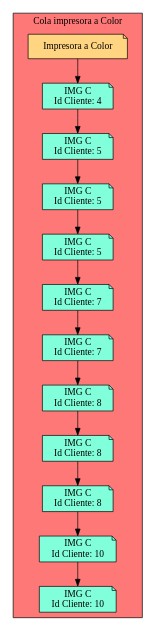
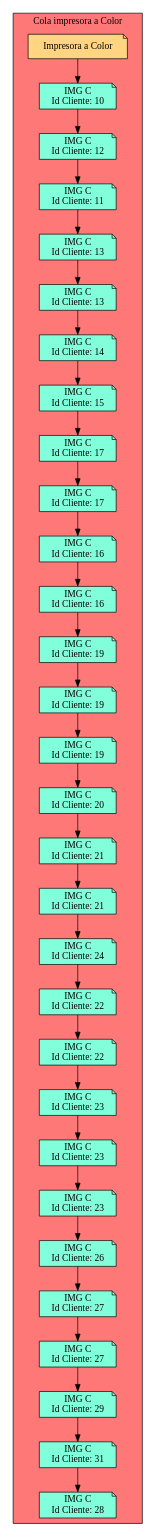
The diagram in Cola_Print_color.dot (Serch-ING/EDD_UDRAWING_202000119), drawn with Graphviz before and after one commit. The commit also changed 17 other files, not shown here.

```diff
--- a/Cola_Print_color.dot
+++ b/Cola_Print_color.dot
@@ -1,49 +1,121 @@
 digraph L {
 node[shape=note fillcolor="#A181FF" style =filled]
 subgraph cluster_p{
     label= " Cola impresora a Color "
  raiz[label = "Impresora a Color" fillcolor="#FFD581" ]    bgcolor = "#FF7878"
-Nodo686466458[label="IMG C 
-Id Cliente: 4",fillcolor="#81FFDA"]
-Nodo1642030774[label="IMG C 
-Id Cliente: 5",fillcolor="#81FFDA"]
-Nodo1357563986[label="IMG C 
-Id Cliente: 5",fillcolor="#81FFDA"]
-Nodo384587033[label="IMG C 
-Id Cliente: 5",fillcolor="#81FFDA"]
-Nodo959869407[label="IMG C 
-Id Cliente: 7",fillcolor="#81FFDA"]
-Nodo1449263511[label="IMG C 
-Id Cliente: 7",fillcolor="#81FFDA"]
-Nodo452805835[label="IMG C 
-Id Cliente: 8",fillcolor="#81FFDA"]
-Nodo1769190683[label="IMG C 
-Id Cliente: 8",fillcolor="#81FFDA"]
-Nodo447981768[label="IMG C 
-Id Cliente: 8",fillcolor="#81FFDA"]
-Nodo1932831450[label="IMG C 
+Nodo350068407[label="IMG C 
 Id Cliente: 10",fillcolor="#81FFDA"]
-Nodo496729294[label="IMG C 
-Id Cliente: 10",fillcolor="#81FFDA"]
+Nodo1021436681[label="IMG C 
+Id Cliente: 12",fillcolor="#81FFDA"]
+Nodo1790585734[label="IMG C 
+Id Cliente: 11",fillcolor="#81FFDA"]
+Nodo842741472[label="IMG C 
+Id Cliente: 13",fillcolor="#81FFDA"]
+Nodo1156304131[label="IMG C 
+Id Cliente: 13",fillcolor="#81FFDA"]
+Nodo1332668132[label="IMG C 
+Id Cliente: 14",fillcolor="#81FFDA"]
+Nodo1496355635[label="IMG C 
+Id Cliente: 15",fillcolor="#81FFDA"]
+Nodo1499136125[label="IMG C 
+Id Cliente: 17",fillcolor="#81FFDA"]
+Nodo1926343982[label="IMG C 
+Id Cliente: 17",fillcolor="#81FFDA"]
+Nodo762476028[label="IMG C 
+Id Cliente: 16",fillcolor="#81FFDA"]
+Nodo966739377[label="IMG C 
+Id Cliente: 16",fillcolor="#81FFDA"]
+Nodo361571968[label="IMG C 
+Id Cliente: 19",fillcolor="#81FFDA"]
+Nodo2005169944[label="IMG C 
+Id Cliente: 19",fillcolor="#81FFDA"]
+Nodo2134607032[label="IMG C 
+Id Cliente: 19",fillcolor="#81FFDA"]
+Nodo1470344997[label="IMG C 
+Id Cliente: 20",fillcolor="#81FFDA"]
+Nodo1226020905[label="IMG C 
+Id Cliente: 21",fillcolor="#81FFDA"]
+Nodo156856360[label="IMG C 
+Id Cliente: 21",fillcolor="#81FFDA"]
+Nodo319644606[label="IMG C 
+Id Cliente: 24",fillcolor="#81FFDA"]
+Nodo1118078504[label="IMG C 
+Id Cliente: 22",fillcolor="#81FFDA"]
+Nodo691690486[label="IMG C 
+Id Cliente: 22",fillcolor="#81FFDA"]
+Nodo1083962448[label="IMG C 
+Id Cliente: 23",fillcolor="#81FFDA"]
+Nodo953742666[label="IMG C 
+Id Cliente: 23",fillcolor="#81FFDA"]
+Nodo1239759990[label="IMG C 
+Id Cliente: 23",fillcolor="#81FFDA"]
+Nodo883151184[label="IMG C 
+Id Cliente: 26",fillcolor="#81FFDA"]
+Nodo447718425[label="IMG C 
+Id Cliente: 27",fillcolor="#81FFDA"]
+Nodo1206569586[label="IMG C 
+Id Cliente: 27",fillcolor="#81FFDA"]
+Nodo1427381743[label="IMG C 
+Id Cliente: 29",fillcolor="#81FFDA"]
+Nodo1047087935[label="IMG C 
+Id Cliente: 31",fillcolor="#81FFDA"]
+Nodo464887938[label="IMG C 
+Id Cliente: 28",fillcolor="#81FFDA"]
 
-raiz->Nodo686466458
-Nodo686466458 -> Nodo1642030774
+raiz->Nodo350068407
+Nodo350068407 -> Nodo1021436681
 
-Nodo1642030774 -> Nodo1357563986
+Nodo1021436681 -> Nodo1790585734
 
-Nodo1357563986 -> Nodo384587033
+Nodo1790585734 -> Nodo842741472
 
-Nodo384587033 -> Nodo959869407
+Nodo842741472 -> Nodo1156304131
 
-Nodo959869407 -> Nodo1449263511
+Nodo1156304131 -> Nodo1332668132
 
-Nodo1449263511 -> Nodo452805835
+Nodo1332668132 -> Nodo1496355635
 
-Nodo452805835 -> Nodo1769190683
+Nodo1496355635 -> Nodo1499136125
 
-Nodo1769190683 -> Nodo447981768
+Nodo1499136125 -> Nodo1926343982
 
-Nodo447981768 -> Nodo1932831450
+Nodo1926343982 -> Nodo762476028
 
-Nodo1932831450 -> Nodo496729294
+Nodo762476028 -> Nodo966739377
+
+Nodo966739377 -> Nodo361571968
+
+Nodo361571968 -> Nodo2005169944
+
+Nodo2005169944 -> Nodo2134607032
+
+Nodo2134607032 -> Nodo1470344997
+
+Nodo1470344997 -> Nodo1226020905
+
+Nodo1226020905 -> Nodo156856360
+
+Nodo156856360 -> Nodo319644606
+
+Nodo319644606 -> Nodo1118078504
+
+Nodo1118078504 -> Nodo691690486
+
+Nodo691690486 -> Nodo1083962448
+
+Nodo1083962448 -> Nodo953742666
+
+Nodo953742666 -> Nodo1239759990
+
+Nodo1239759990 -> Nodo883151184
+
+Nodo883151184 -> Nodo447718425
+
+Nodo447718425 -> Nodo1206569586
+
+Nodo1206569586 -> Nodo1427381743
+
+Nodo1427381743 -> Nodo1047087935
+
+Nodo1047087935 -> Nodo464887938
 }}
```
